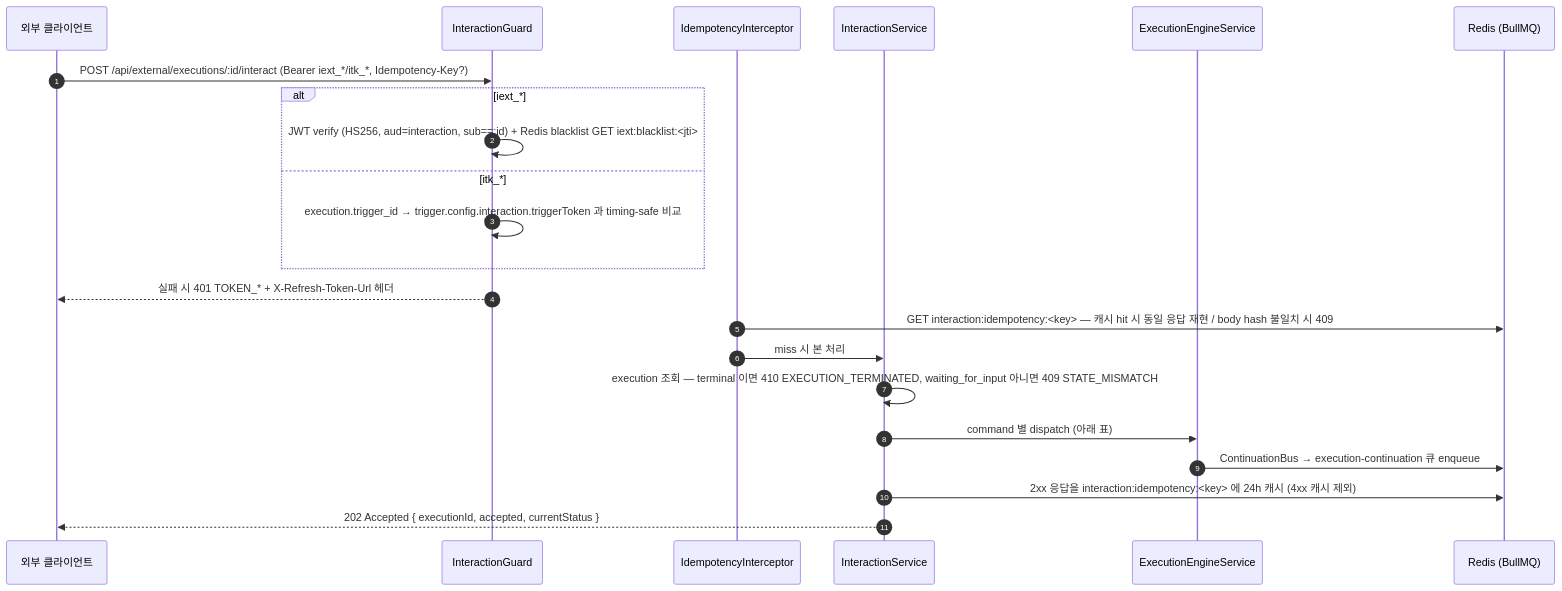
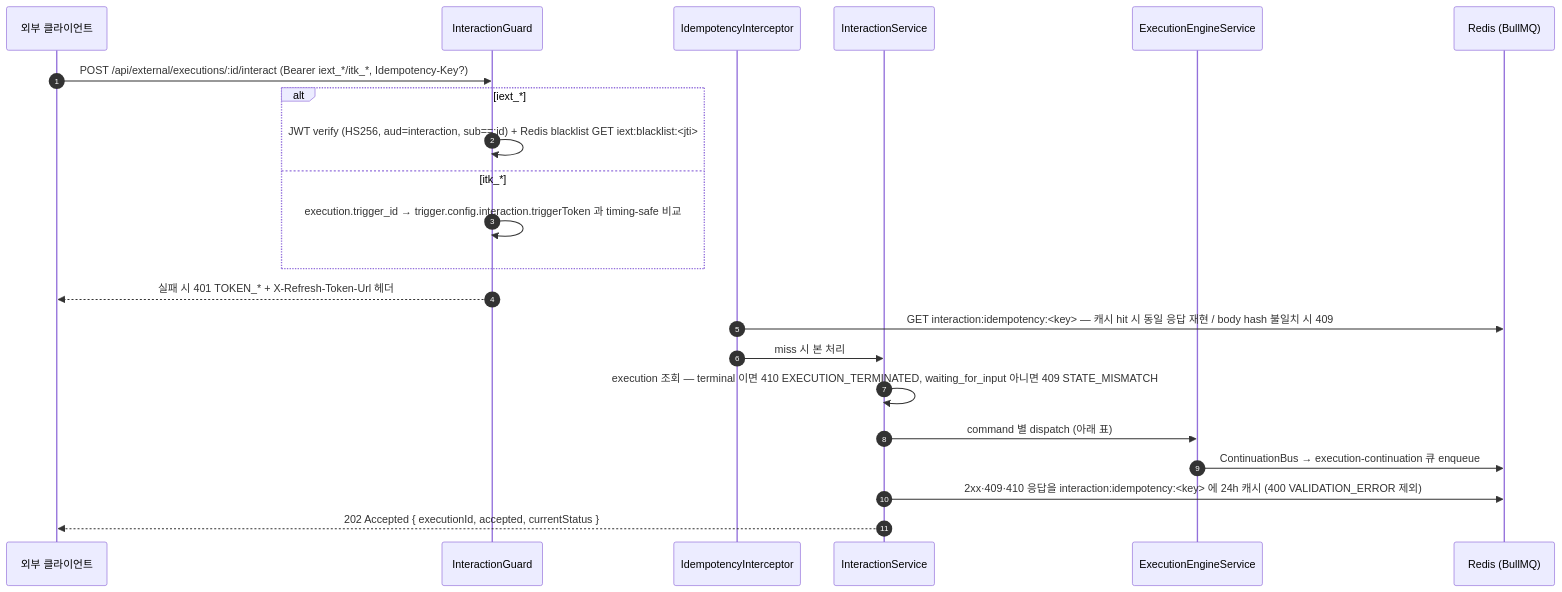
Before and after one commit to worker-ants/clemvion: the second of 4 diagrams in spec/data-flow/15-external-interaction.md, drawn with Mermaid. The commit also changed other lines of this file and 11 other files, not shown here.

````diff
--- a/spec/data-flow/15-external-interaction.md
+++ b/spec/data-flow/15-external-interaction.md
@@ -76,25 +76,25 @@
 ```mermaid
 sequenceDiagram
   autonumber
   participant Ext as 외부 클라이언트
   participant G as InteractionGuard
   participant Idem as IdempotencyInterceptor
   participant Svc as InteractionService
   participant Eng as ExecutionEngineService
   participant Q as Redis (BullMQ)
 
   Ext->>G: POST /api/external/executions/:id/interact (Bearer iext_*/itk_*, Idempotency-Key?)
   alt iext_*
     G->>G: JWT verify (HS256, aud=interaction, sub==:id) + Redis blacklist GET iext:blacklist:<jti>
   else itk_*
     G->>G: execution.trigger_id → trigger.config.interaction.triggerToken 과 timing-safe 비교
   end
   G-->>Ext: 실패 시 401 TOKEN_* + X-Refresh-Token-Url 헤더
   Idem->>Q: GET interaction:idempotency:<key> — 캐시 hit 시 동일 응답 재현 / body hash 불일치 시 409
   Idem->>Svc: miss 시 본 처리
   Svc->>Svc: execution 조회 — terminal 이면 410 EXECUTION_TERMINATED, waiting_for_input 아니면 409 STATE_MISMATCH
   Svc->>Eng: command 별 dispatch (아래 표)
   Eng->>Q: ContinuationBus → execution-continuation 큐 enqueue
-  Svc->>Q: 2xx 응답을 interaction:idempotency:<key> 에 24h 캐시 (4xx 캐시 제외)
+  Svc->>Q: 2xx·409·410 응답을 interaction:idempotency:<key> 에 24h 캐시 (400 VALIDATION_ERROR 제외)
   Svc-->>Ext: 202 Accepted { executionId, accepted, currentStatus }
 ```
````
